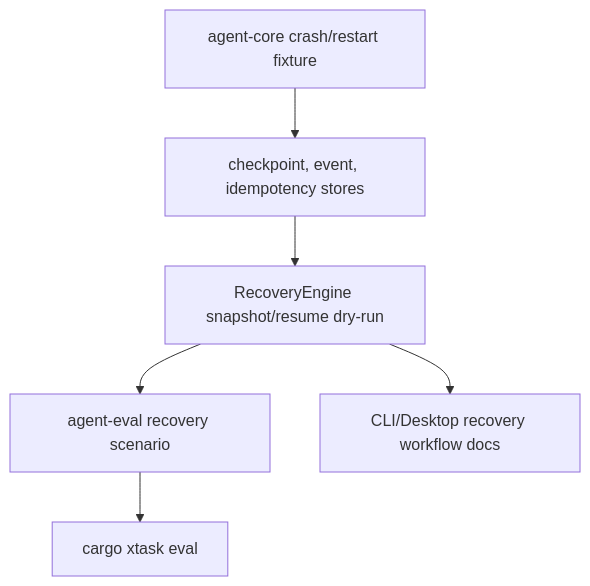
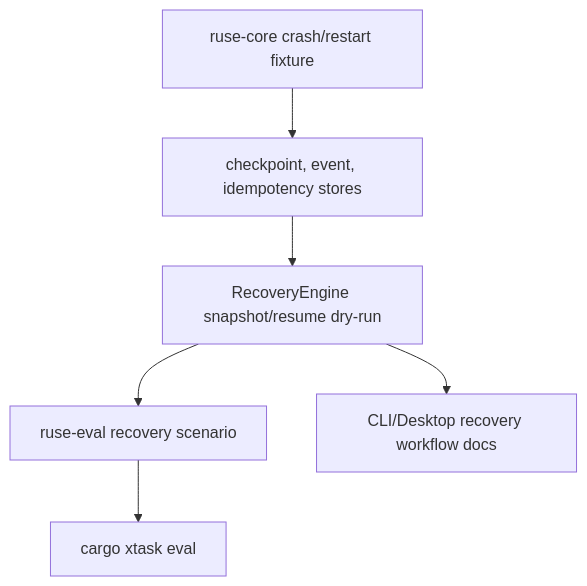
One commit to poneding/agent changed the diagram in docs/specs/M62-05-crash-smoke-closeout.spec.md. Above: the diagram before and after it, drawn with Mermaid. The commit also changed other lines of this file and 2091 other files, not shown here.

First line of the commit message:
refactor: rename agent branding to ruse

````diff
--- a/docs/specs/M62-05-crash-smoke-closeout.spec.md
+++ b/docs/specs/M62-05-crash-smoke-closeout.spec.md
@@ -41,8 +41,8 @@
 ```mermaid
 flowchart TD
-  Fixture["agent-core crash/restart fixture"] --> Storage["checkpoint, event, idempotency stores"]
+  Fixture["ruse-core crash/restart fixture"] --> Storage["checkpoint, event, idempotency stores"]
   Storage --> Recovery["RecoveryEngine snapshot/resume dry-run"]
-  Recovery --> Eval["agent-eval recovery scenario"]
+  Recovery --> Eval["ruse-eval recovery scenario"]
   Recovery --> Docs["CLI/Desktop recovery workflow docs"]
   Eval --> Xtask["cargo xtask eval"]
 ```
````
